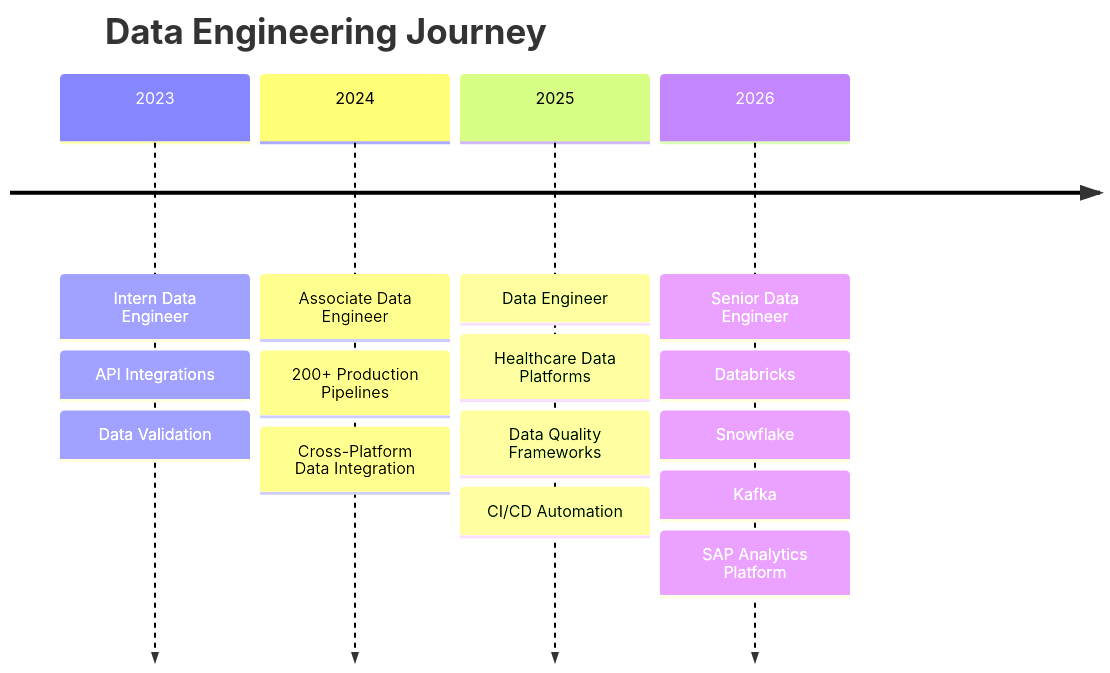
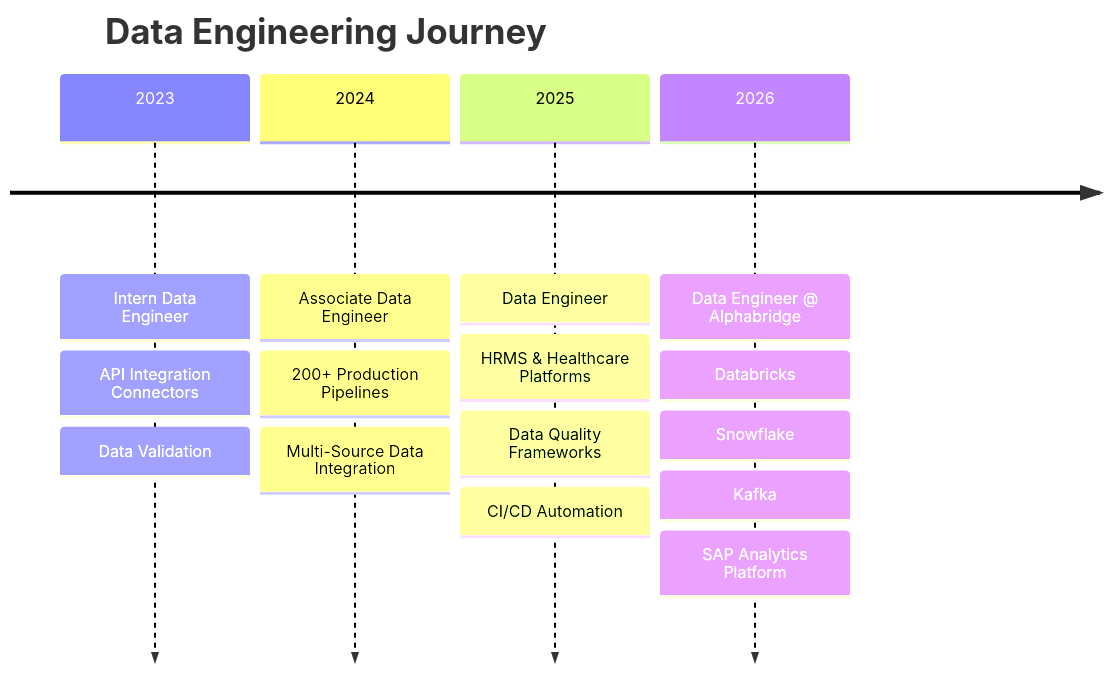
The diagram in README.md (ChaudharyAliHassan572/ChaudharyAliHassan572), drawn with Mermaid before and after one commit. The commit also changed other lines of this file, not shown here.

Commit message:
Data Engineering Update

````diff
--- a/README.md
+++ b/README.md
@@ -49,23 +51,23 @@
 ```mermaid
 timeline
     title Data Engineering Journey
 
     2023 : Intern Data Engineer
-         : API Integrations
+         : API Integration Connectors
          : Data Validation
 
     2024 : Associate Data Engineer
          : 200+ Production Pipelines
-         : Cross-Platform Data Integration
+         : Multi-Source Data Integration
 
     2025 : Data Engineer
-         : Healthcare Data Platforms
+         : HRMS & Healthcare Platforms
          : Data Quality Frameworks
          : CI/CD Automation
 
-    2026 : Senior Data Engineer
+    2026 : Data Engineer @ Alphabridge
          : Databricks
          : Snowflake
          : Kafka
          : SAP Analytics Platform
 ```
````
